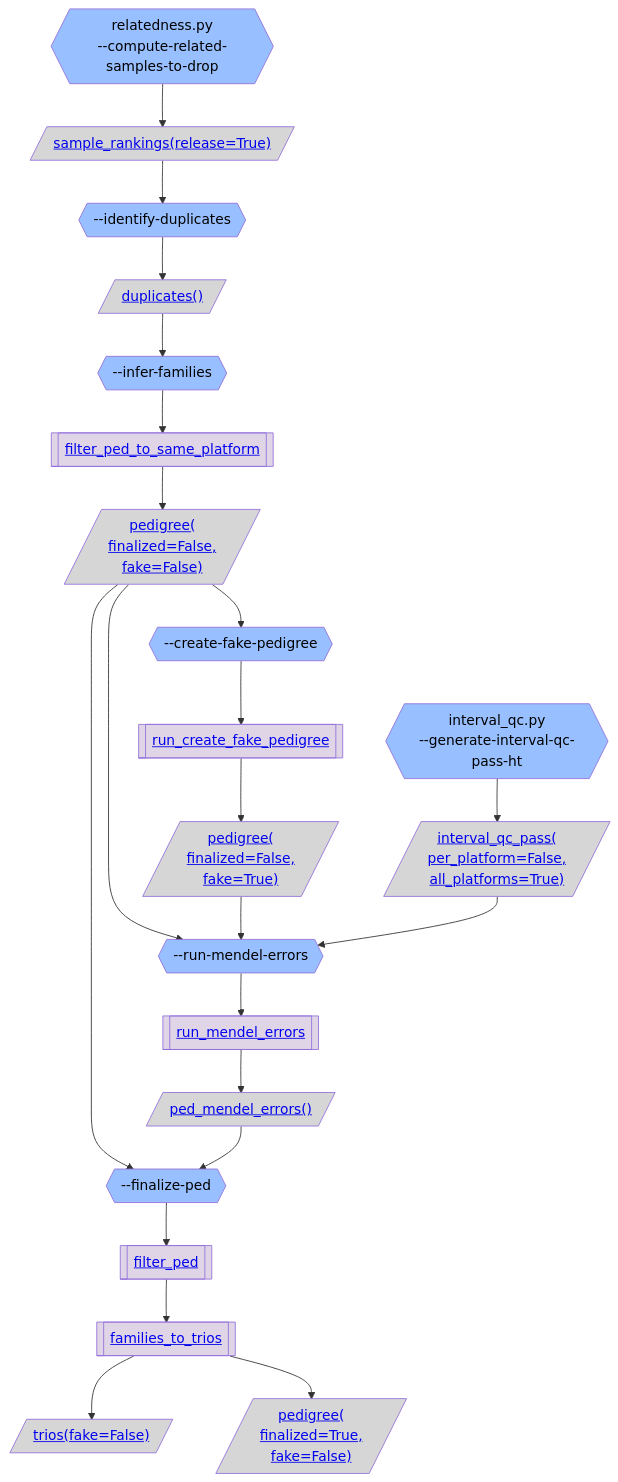
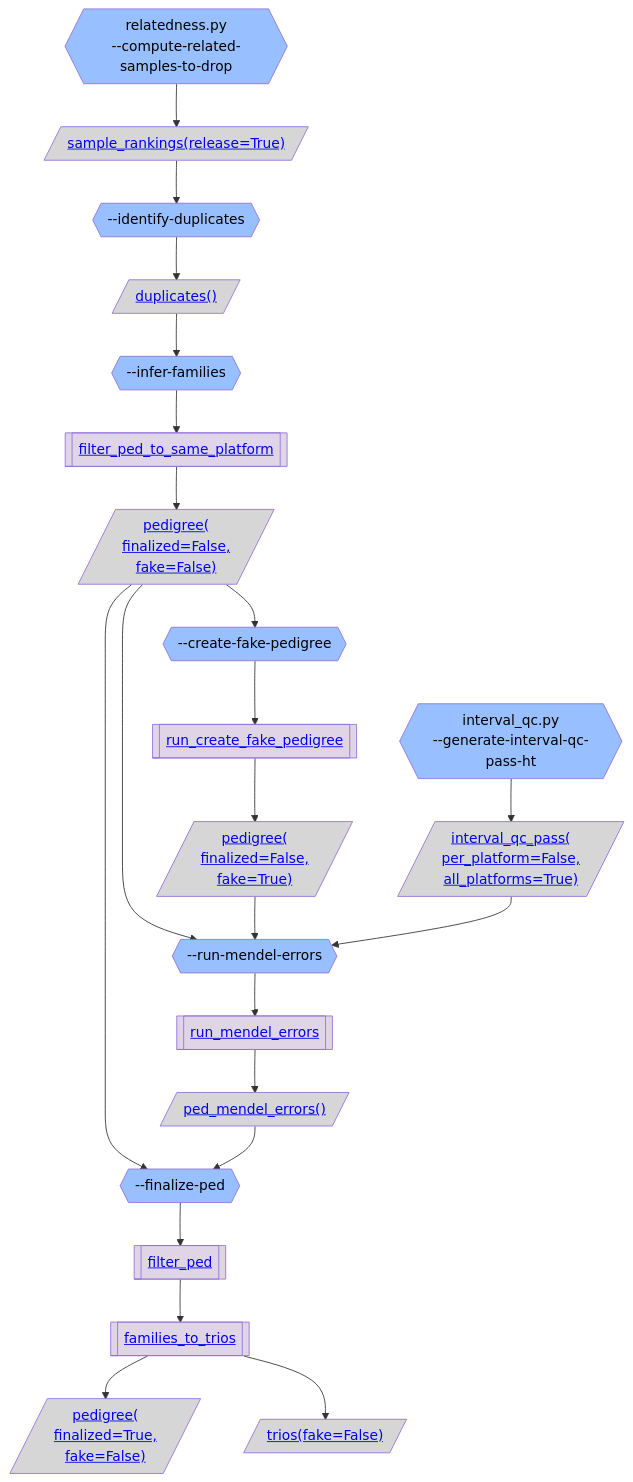
One commit to broadinstitute/gnomad_qc changed diagram 11 of 11 in gnomad_qc/v4/sample_qc/README.md. Above: the diagram before and after it, drawn with Mermaid. The commit also changed other lines of this file and 4 other files, not shown here.

````diff
--- a/gnomad_qc/v4/sample_qc/README.md
+++ b/gnomad_qc/v4/sample_qc/README.md
@@ -853,62 +899,62 @@
 ```mermaid
 flowchart TB;
   classDef script_color fill:#2C5D4A,color:#000000
   classDef step_color fill:#98BFFF,color:#000000
   classDef func_color fill:#E0D5E6,color:#000000
   classDef gnomad_methods_color fill:#F9F2CE,color:#000000
   classDef hail_color fill:#FAEACE,color:#000000
   classDef resource_color fill:#D6D6D6,color:#000000
   classDef validity_check_color fill:#2C5D4A,color:#000000
 
   step_compute_related_samples_to_drop{{"relatedness.py
 --compute-related-samples-to-drop"}}:::step_color;
-  resource_sample_rankings_release_True[/"<a href='https://github.com/broadinstitute/gnomad_qc/tree/main/gnomad_qc/v4/resources/sample_qc.py#L636'>sample_rankings(release=True)</a>"/]:::resource_color;
+  resource_sample_rankings_release_True[/"<a href='https://github.com/broadinstitute/gnomad_qc/tree/main/gnomad_qc/v4/resources/sample_qc.py#L637'>sample_rankings(release=True)</a>"/]:::resource_color;
   step_identify_duplicates{{"--identify-duplicates"}}:::step_color;
-  resource_duplicates[/"<a href='https://github.com/broadinstitute/gnomad_qc/tree/main/gnomad_qc/v4/resources/sample_qc.py#L984'>duplicates()</a>"/]:::resource_color;
+  resource_duplicates[/"<a href='https://github.com/broadinstitute/gnomad_qc/tree/main/gnomad_qc/v4/resources/sample_qc.py#L985'>duplicates()</a>"/]:::resource_color;
   step_infer_families{{"--infer-families"}}:::step_color;
   func_filter_ped_to_same_platform[["<a href='https://github.com/broadinstitute/gnomad_qc/tree/main/gnomad_qc/v4/sample_qc/identify_trios.py#L188'>filter_ped_to_same_platform</a>"]]:::func_color;
-  resource_pedigree_finalized_False_fake_False[/"<a href='https://github.com/broadinstitute/gnomad_qc/tree/main/gnomad_qc/v4/resources/sample_qc.py#L1002'>pedigree(
+  resource_pedigree_finalized_False_fake_False[/"<a href='https://github.com/broadinstitute/gnomad_qc/tree/main/gnomad_qc/v4/resources/sample_qc.py#L1003'>pedigree(
 finalized=False,
 fake=False)</a>"/]:::resource_color;
   step_create_fake_pedigree{{"--create-fake-pedigree"}}:::step_color;
   func_run_create_fake_pedigree[["<a href='https://github.com/broadinstitute/gnomad_qc/tree/main/gnomad_qc/v4/sample_qc/identify_trios.py#L105'>run_create_fake_pedigree</a>"]]:::func_color;
-  resource_pedigree_finalized_False_fake_True[/"<a href='https://github.com/broadinstitute/gnomad_qc/tree/main/gnomad_qc/v4/resources/sample_qc.py#L1002'>pedigree(
+  resource_pedigree_finalized_False_fake_True[/"<a href='https://github.com/broadinstitute/gnomad_qc/tree/main/gnomad_qc/v4/resources/sample_qc.py#L1003'>pedigree(
 finalized=False,
 fake=True)</a>"/]:::resource_color;
   step_run_mendel_errors{{"--run-mendel-errors"}}:::step_color;
   func_run_mendel_errors[["<a href='https://github.com/broadinstitute/gnomad_qc/tree/main/gnomad_qc/v4/sample_qc/identify_trios.py#L140'>run_mendel_errors</a>"]]:::func_color;
-  resource_ped_mendel_errors[/"<a href='https://github.com/broadinstitute/gnomad_qc/tree/main/gnomad_qc/v4/resources/sample_qc.py#L1055'>ped_mendel_errors()</a>"/]:::resource_color;
+  resource_ped_mendel_errors[/"<a href='https://github.com/broadinstitute/gnomad_qc/tree/main/gnomad_qc/v4/resources/sample_qc.py#L1056'>ped_mendel_errors()</a>"/]:::resource_color;
   step_generate_interval_qc_pass_ht{{"interval_qc.py
 --generate-interval-qc-pass-ht"}}:::step_color;
-  resource_interval_qc_pass_per_platform_False_all_platforms_True[/"<a href='https://github.com/broadinstitute/gnomad_qc/tree/main/gnomad_qc/v4/resources/sample_qc.py#L395'>interval_qc_pass(
+  resource_interval_qc_pass_per_platform_False_all_platforms_True[/"<a href='https://github.com/broadinstitute/gnomad_qc/tree/main/gnomad_qc/v4/resources/sample_qc.py#L396'>interval_qc_pass(
 per_platform=False,
 all_platforms=True)</a>"/]:::resource_color;
   step_finalize_ped{{"--finalize-ped"}}:::step_color;
   func_filter_ped[["<a href='https://github.com/broadinstitute/gnomad_qc/tree/main/gnomad_qc/v4/sample_qc/identify_trios.py#L218'>filter_ped</a>"]]:::func_color;
   func_families_to_trios[["<a href='https://github.com/broadinstitute/gnomad_qc/tree/main/gnomad_qc/v4/sample_qc/identify_trios.py#L46'>families_to_trios</a>"]]:::func_color;
-  resource_trios_fake_False[/"<a href='https://github.com/broadinstitute/gnomad_qc/tree/main/gnomad_qc/v4/resources/sample_qc.py#L1034'>trios(fake=False)</a>"/]:::resource_color;
-  resource_pedigree_finalized_True_fake_False[/"<a href='https://github.com/broadinstitute/gnomad_qc/tree/main/gnomad_qc/v4/resources/sample_qc.py#L1002'>pedigree(
+  resource_pedigree_finalized_True_fake_False[/"<a href='https://github.com/broadinstitute/gnomad_qc/tree/main/gnomad_qc/v4/resources/sample_qc.py#L1003'>pedigree(
 finalized=True,
 fake=False)</a>"/]:::resource_color;
+  resource_trios_fake_False[/"<a href='https://github.com/broadinstitute/gnomad_qc/tree/main/gnomad_qc/v4/resources/sample_qc.py#L1035'>trios(fake=False)</a>"/]:::resource_color;
   step_compute_related_samples_to_drop --> resource_sample_rankings_release_True;
   resource_sample_rankings_release_True --> step_identify_duplicates;
   step_identify_duplicates --> resource_duplicates;
   resource_duplicates --> step_infer_families;
   step_infer_families --> func_filter_ped_to_same_platform;
   func_filter_ped_to_same_platform --> resource_pedigree_finalized_False_fake_False;
   resource_pedigree_finalized_False_fake_False --> step_create_fake_pedigree;
   step_create_fake_pedigree --> func_run_create_fake_pedigree;
   func_run_create_fake_pedigree --> resource_pedigree_finalized_False_fake_True;
   resource_pedigree_finalized_False_fake_False --> step_run_mendel_errors;
   step_run_mendel_errors --> func_run_mendel_errors;
   func_run_mendel_errors --> resource_ped_mendel_errors;
   resource_pedigree_finalized_False_fake_True --> step_run_mendel_errors;
   step_generate_interval_qc_pass_ht --> resource_interval_qc_pass_per_platform_False_all_platforms_True;
   resource_interval_qc_pass_per_platform_False_all_platforms_True --> step_run_mendel_errors;
   resource_pedigree_finalized_False_fake_False --> step_finalize_ped;
   step_finalize_ped --> func_filter_ped;
   func_filter_ped --> func_families_to_trios;
+  func_families_to_trios --> resource_pedigree_finalized_True_fake_False;
   func_families_to_trios --> resource_trios_fake_False;
-  func_families_to_trios --> resource_pedigree_finalized_True_fake_False;
   resource_ped_mendel_errors --> step_finalize_ped;
 ```
````
